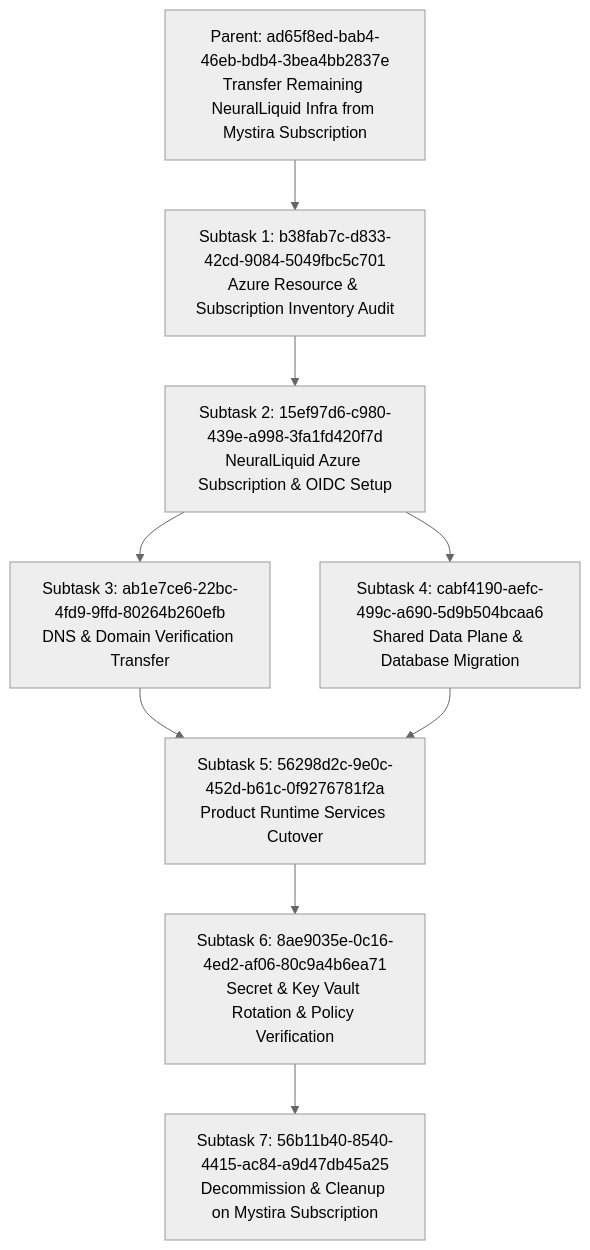
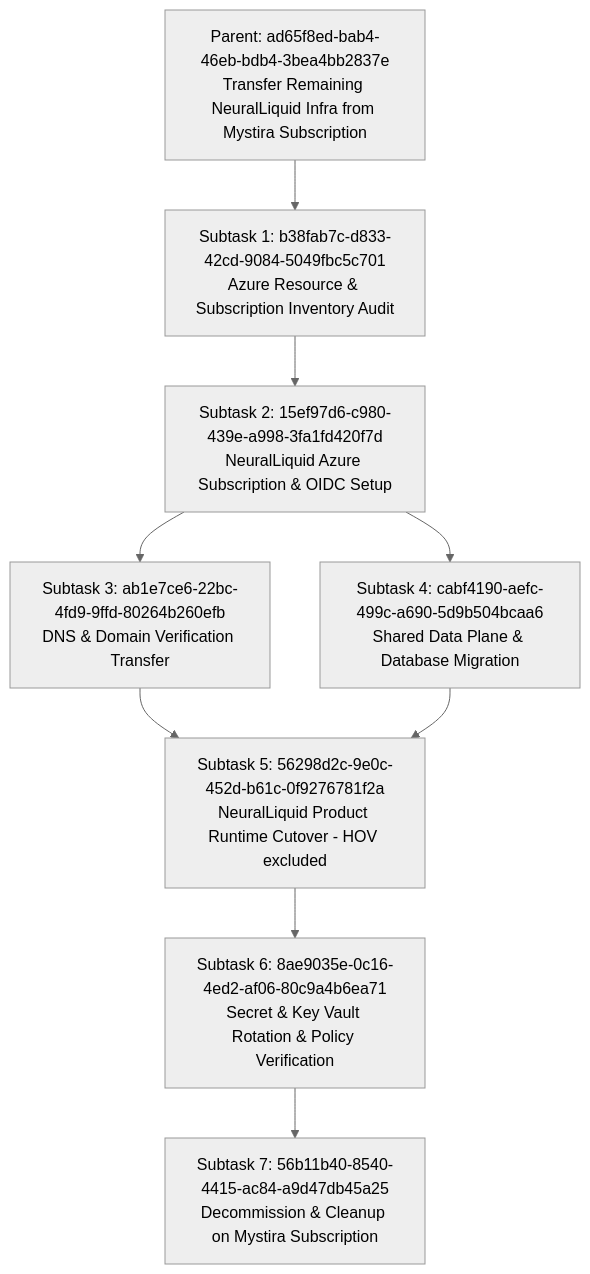
The diagram in docs/plans/azure-subscription-migration-plan.md (neuralliquid/neuralliquid-org), drawn with Mermaid (neutral theme) before and after one commit. The commit also changed other lines of this file and 10 other files, not shown here.

````diff
--- a/docs/plans/azure-subscription-migration-plan.md
+++ b/docs/plans/azure-subscription-migration-plan.md
@@ -20,19 +28,19 @@
 ```mermaid
 flowchart TD
     T0[Parent: ad65f8ed-bab4-46eb-bdb4-3bea4bb2837e\nTransfer Remaining NeuralLiquid Infra from Mystira Subscription] --> ST1
     
     ST1[Subtask 1: b38fab7c-d833-42cd-9084-5049fbc5c701\nAzure Resource & Subscription Inventory Audit] --> ST2
     
     ST2[Subtask 2: 15ef97d6-c980-439e-a998-3fa1fd420f7d\nNeuralLiquid Azure Subscription & OIDC Setup] --> ST3
     ST2 --> ST4
     
     ST3[Subtask 3: ab1e7ce6-22bc-4fd9-9ffd-80264b260efb\nDNS & Domain Verification Transfer] --> ST5
     
     ST4[Subtask 4: cabf4190-aefc-499c-a690-5d9b504bcaa6\nShared Data Plane & Database Migration] --> ST5
     
-    ST5[Subtask 5: 56298d2c-9e0c-452d-b61c-0f9276781f2a\nProduct Runtime Services Cutover] --> ST6
+    ST5[Subtask 5: 56298d2c-9e0c-452d-b61c-0f9276781f2a\nNeuralLiquid Product Runtime Cutover - HOV excluded] --> ST6
     
     ST6[Subtask 6: 8ae9035e-0c16-4ed2-af06-80c9a4b6ea71\nSecret & Key Vault Rotation & Policy Verification] --> ST7
     
     ST7[Subtask 7: 56b11b40-8540-4415-ac84-a9d47db45a25\nDecommission & Cleanup on Mystira Subscription]
 ```
````
